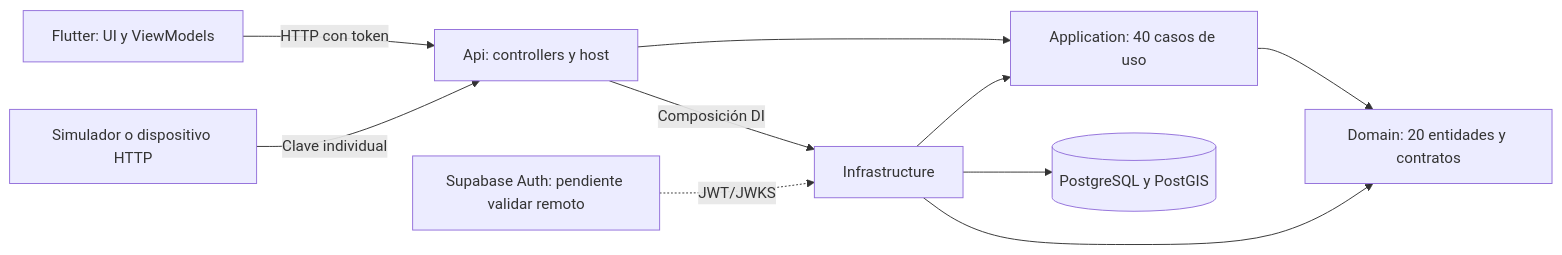
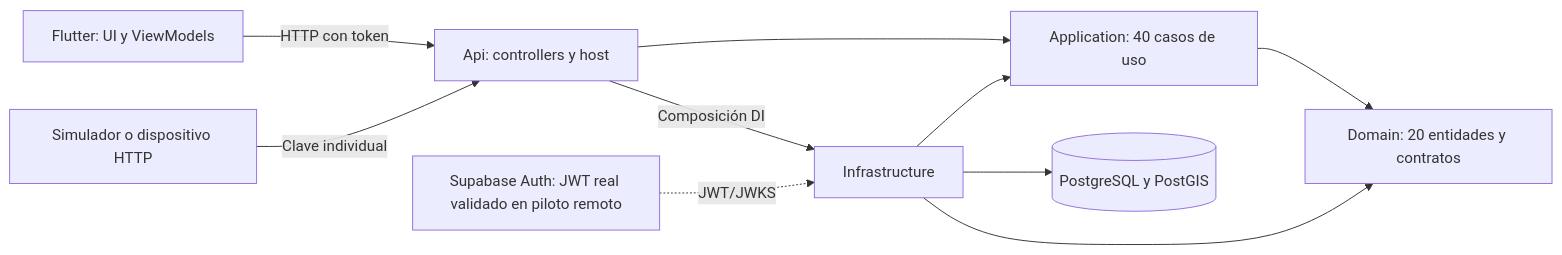
The first of 2 diagrams in docs/ARQUITECTURA_IMPLEMENTADA.md (CarlosFloresDev/tracktrash-backend), drawn with Mermaid before and after one commit. The commit also changed 2 other files, not shown here.

Commit message:
docs: orientar recorrido de peticiones por las cuatro capas

````diff
--- a/docs/ARQUITECTURA_IMPLEMENTADA.md
+++ b/docs/ARQUITECTURA_IMPLEMENTADA.md
@@ -5,12 +5,12 @@
 ```mermaid
 flowchart LR
   F[Flutter: UI y ViewModels] -->|HTTP con token| API[Api: controllers y host]
   API --> APP[Application: 40 casos de uso]
   API -->|Composición DI| INF[Infrastructure]
   APP --> DOM[Domain: 20 entidades y contratos]
   INF --> APP
   INF --> DOM
   INF --> DB[(PostgreSQL y PostGIS)]
-  AUTH[Supabase Auth: pendiente validar remoto] -. JWT/JWKS .-> INF
+  AUTH[Supabase Auth: JWT real validado en piloto remoto] -. JWT/JWKS .-> INF
   IOT[Simulador o dispositivo HTTP] -->|Clave individual| API
 ```
````
